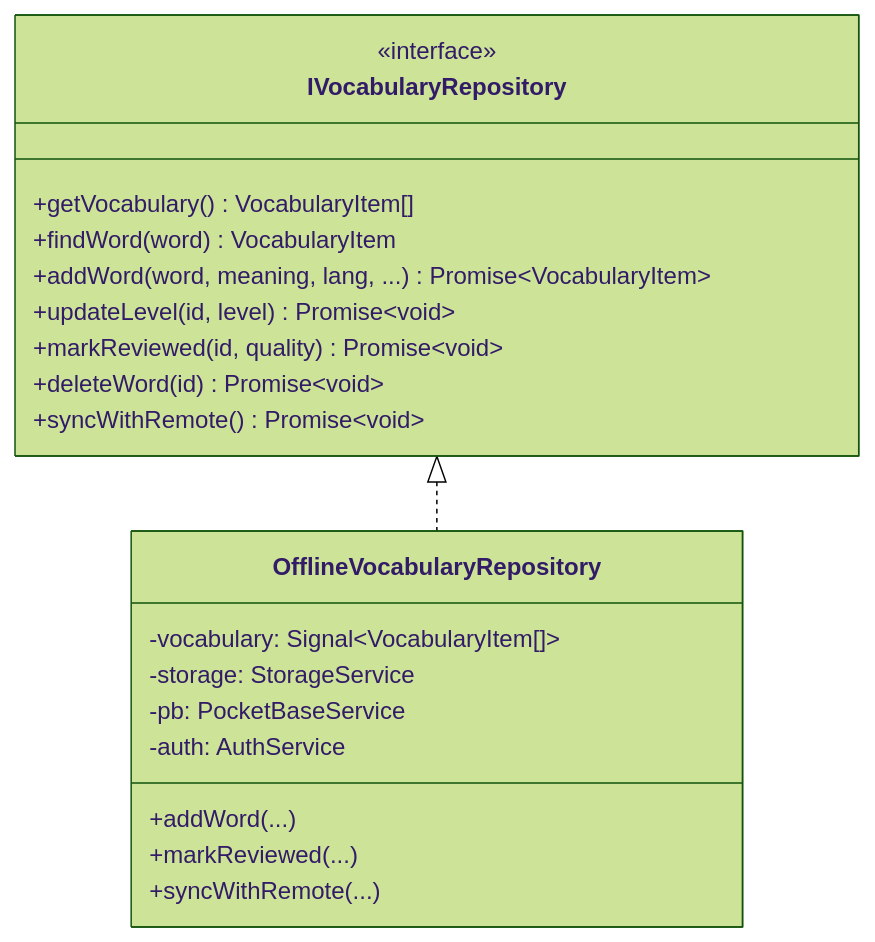
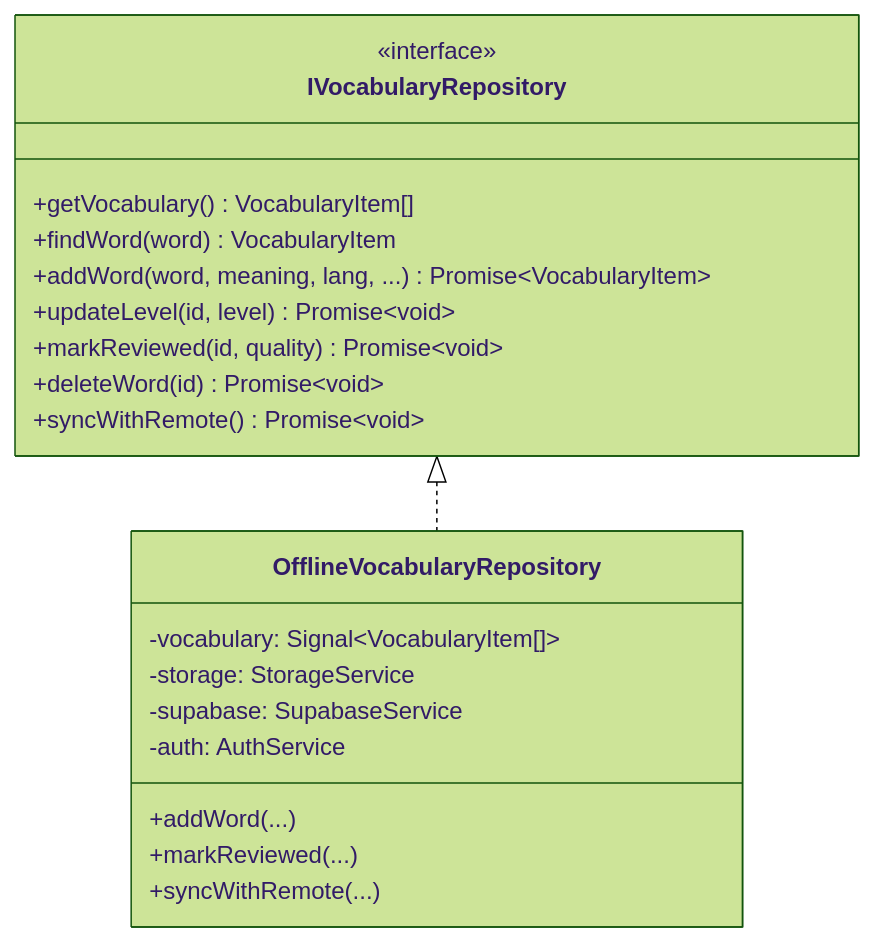
The second of 2 diagrams in doc/frontend-architecture.md (ghuyphan/LinguaTube), drawn with Mermaid (forest theme) before and after one commit. The commit also changed other lines of this file and 107 other files, not shown here.

````diff
--- a/doc/frontend-architecture.md
+++ b/doc/frontend-architecture.md
@@ -356,25 +356,25 @@
 ```mermaid
 classDiagram
     class IVocabularyRepository {
         <<interface>>
         +getVocabulary() VocabularyItem[]
         +findWord(word) VocabularyItem
         +addWord(word, meaning, lang, ...) Promise~VocabularyItem~
         +updateLevel(id, level) Promise~void~
         +markReviewed(id, quality) Promise~void~
         +deleteWord(id) Promise~void~
         +syncWithRemote() Promise~void~
     }
 
     class OfflineVocabularyRepository {
         -vocabulary: Signal~VocabularyItem[]~
         -storage: StorageService
-        -pb: PocketBaseService
+        -supabase: SupabaseService
         -auth: AuthService
         +addWord(...)
         +markReviewed(...)
         +syncWithRemote(...)
     }
 
     IVocabularyRepository <|.. OfflineVocabularyRepository
 ```
````
